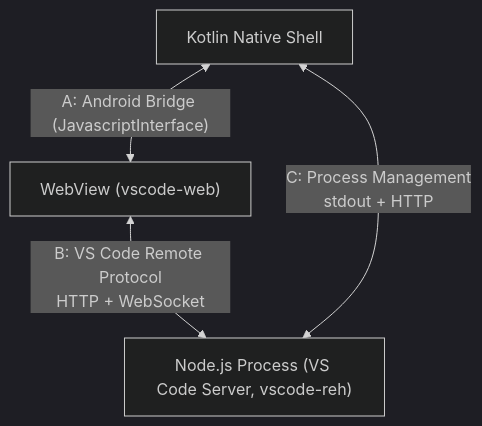
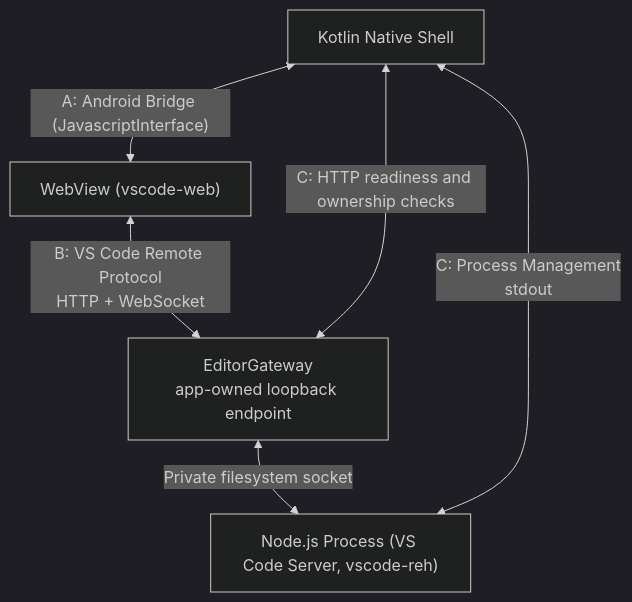
Before and after one commit to rmyndharis/VSCodroid: the first of 3 diagrams in docs/05-API_SPEC.md, drawn with Mermaid (dark theme). The commit also changed other lines of this file and 41 other files, not shown here.

First line of the commit message:
fix: retain ownership of the editor origin

````diff
--- a/docs/05-API_SPEC.md
+++ b/docs/05-API_SPEC.md
@@ -13,6 +13,8 @@
 ```mermaid
 flowchart TD
   K["Kotlin Native Shell"] <--> |"A: Android Bridge (JavascriptInterface)"| W["WebView (vscode-web)"]
-  W <--> |"B: VS Code Remote Protocol<br/>HTTP + WebSocket"| N["Node.js Process (VS Code Server, vscode-reh)"]
-  K <--> |"C: Process Management<br/>stdout + HTTP"| N
+  W <--> |"B: VS Code Remote Protocol<br/>HTTP + WebSocket"| G["EditorGateway<br/>app-owned loopback endpoint"]
+  G <--> |"Private filesystem socket"| N["Node.js Process (VS Code Server, vscode-reh)"]
+  K <--> |"C: Process Management<br/>stdout"| N
+  K <--> |"C: HTTP readiness and ownership checks"| G
 ```
````
